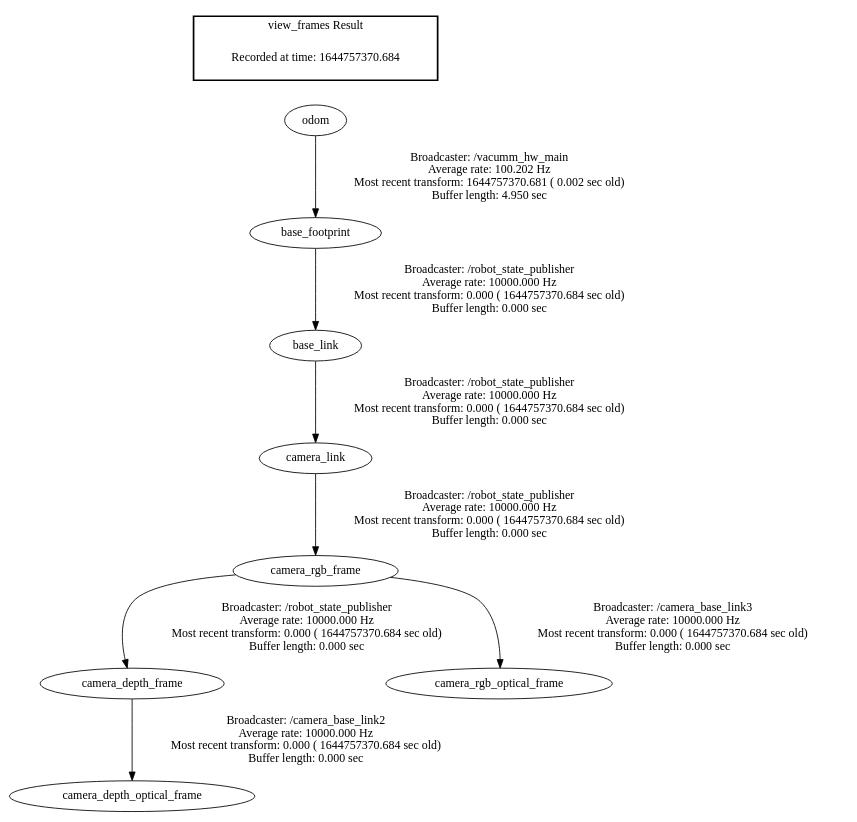
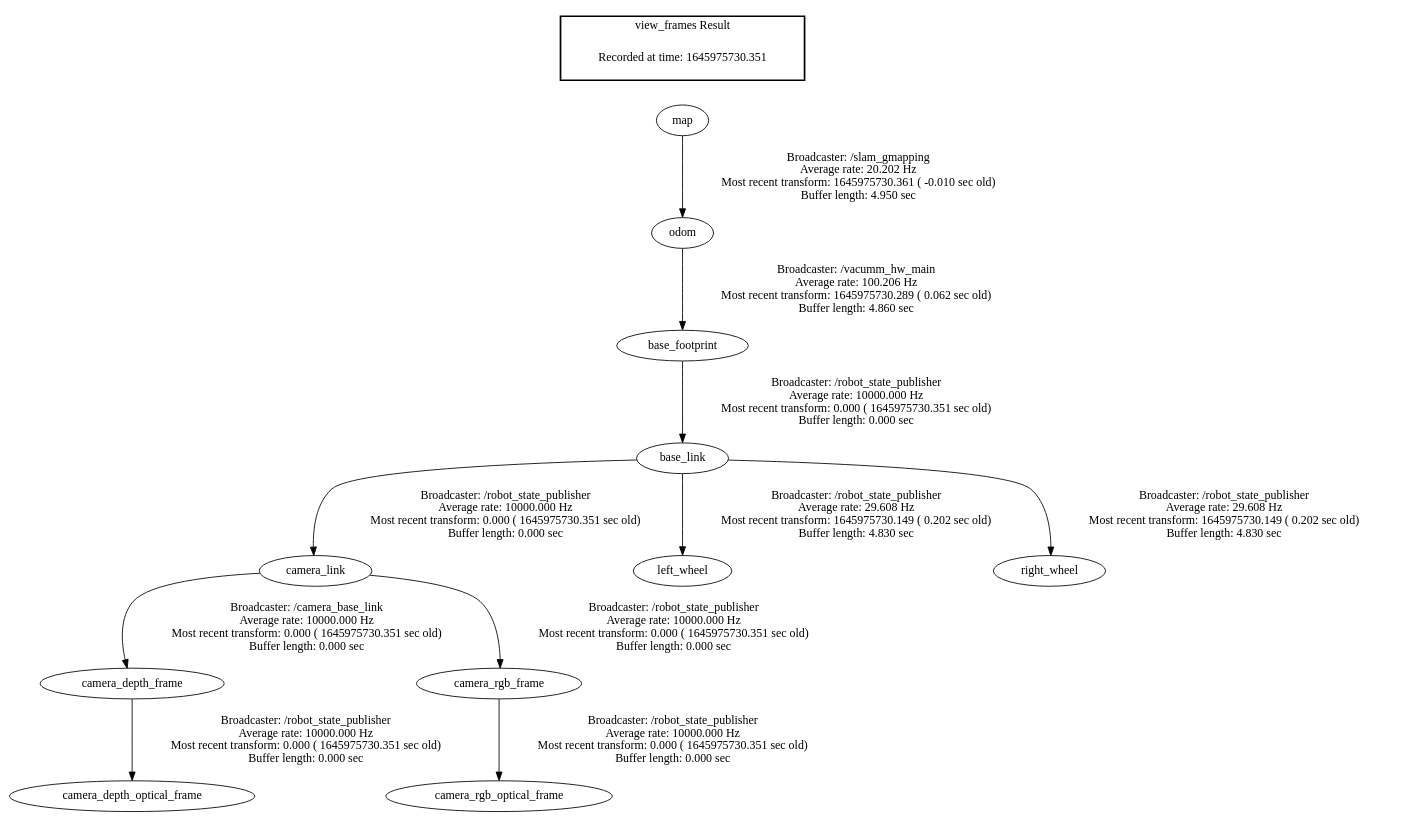
Before and after one commit to mavencheong/vacumm_ws: the diagram in frames.gv, drawn with Graphviz. The commit also changed 4 other files, not shown here.

```diff
--- a/frames.gv
+++ b/frames.gv
@@ -1,13 +1,16 @@
 digraph G {
-"camera_rgb_frame" -> "camera_depth_frame"[label="Broadcaster: /robot_state_publisher\nAverage rate: 10000.000 Hz\nMost recent transform: 0.000 ( 1644757370.684 sec old)\nBuffer length: 0.000 sec\n"];
-"base_link" -> "camera_link"[label="Broadcaster: /robot_state_publisher\nAverage rate: 10000.000 Hz\nMost recent transform: 0.000 ( 1644757370.684 sec old)\nBuffer length: 0.000 sec\n"];
-"camera_link" -> "camera_rgb_frame"[label="Broadcaster: /robot_state_publisher\nAverage rate: 10000.000 Hz\nMost recent transform: 0.000 ( 1644757370.684 sec old)\nBuffer length: 0.000 sec\n"];
-"base_footprint" -> "base_link"[label="Broadcaster: /robot_state_publisher\nAverage rate: 10000.000 Hz\nMost recent transform: 0.000 ( 1644757370.684 sec old)\nBuffer length: 0.000 sec\n"];
-"odom" -> "base_footprint"[label="Broadcaster: /vacumm_hw_main\nAverage rate: 100.202 Hz\nMost recent transform: 1644757370.681 ( 0.002 sec old)\nBuffer length: 4.950 sec\n"];
-"camera_depth_frame" -> "camera_depth_optical_frame"[label="Broadcaster: /camera_base_link2\nAverage rate: 10000.000 Hz\nMost recent transform: 0.000 ( 1644757370.684 sec old)\nBuffer length: 0.000 sec\n"];
-"camera_rgb_frame" -> "camera_rgb_optical_frame"[label="Broadcaster: /camera_base_link3\nAverage rate: 10000.000 Hz\nMost recent transform: 0.000 ( 1644757370.684 sec old)\nBuffer length: 0.000 sec\n"];
+"map" -> "odom"[label="Broadcaster: /slam_gmapping\nAverage rate: 20.202 Hz\nMost recent transform: 1645975730.361 ( -0.010 sec old)\nBuffer length: 4.950 sec\n"];
+"camera_depth_frame" -> "camera_depth_optical_frame"[label="Broadcaster: /robot_state_publisher\nAverage rate: 10000.000 Hz\nMost recent transform: 0.000 ( 1645975730.351 sec old)\nBuffer length: 0.000 sec\n"];
+"camera_link" -> "camera_depth_frame"[label="Broadcaster: /camera_base_link\nAverage rate: 10000.000 Hz\nMost recent transform: 0.000 ( 1645975730.351 sec old)\nBuffer length: 0.000 sec\n"];
+"camera_link" -> "camera_rgb_frame"[label="Broadcaster: /robot_state_publisher\nAverage rate: 10000.000 Hz\nMost recent transform: 0.000 ( 1645975730.351 sec old)\nBuffer length: 0.000 sec\n"];
+"base_link" -> "camera_link"[label="Broadcaster: /robot_state_publisher\nAverage rate: 10000.000 Hz\nMost recent transform: 0.000 ( 1645975730.351 sec old)\nBuffer length: 0.000 sec\n"];
+"base_link" -> "left_wheel"[label="Broadcaster: /robot_state_publisher\nAverage rate: 29.608 Hz\nMost recent transform: 1645975730.149 ( 0.202 sec old)\nBuffer length: 4.830 sec\n"];
+"base_footprint" -> "base_link"[label="Broadcaster: /robot_state_publisher\nAverage rate: 10000.000 Hz\nMost recent transform: 0.000 ( 1645975730.351 sec old)\nBuffer length: 0.000 sec\n"];
+"base_link" -> "right_wheel"[label="Broadcaster: /robot_state_publisher\nAverage rate: 29.608 Hz\nMost recent transform: 1645975730.149 ( 0.202 sec old)\nBuffer length: 4.830 sec\n"];
+"camera_rgb_frame" -> "camera_rgb_optical_frame"[label="Broadcaster: /robot_state_publisher\nAverage rate: 10000.000 Hz\nMost recent transform: 0.000 ( 1645975730.351 sec old)\nBuffer length: 0.000 sec\n"];
+"odom" -> "base_footprint"[label="Broadcaster: /vacumm_hw_main\nAverage rate: 100.206 Hz\nMost recent transform: 1645975730.289 ( 0.062 sec old)\nBuffer length: 4.860 sec\n"];
 edge [style=invis];
  subgraph cluster_legend { style=bold; color=black; label ="view_frames Result";
-"Recorded at time: 1644757370.684"[ shape=plaintext ] ;
- }->"odom";
+"Recorded at time: 1645975730.351"[ shape=plaintext ] ;
+ }->"map";
 }
```
